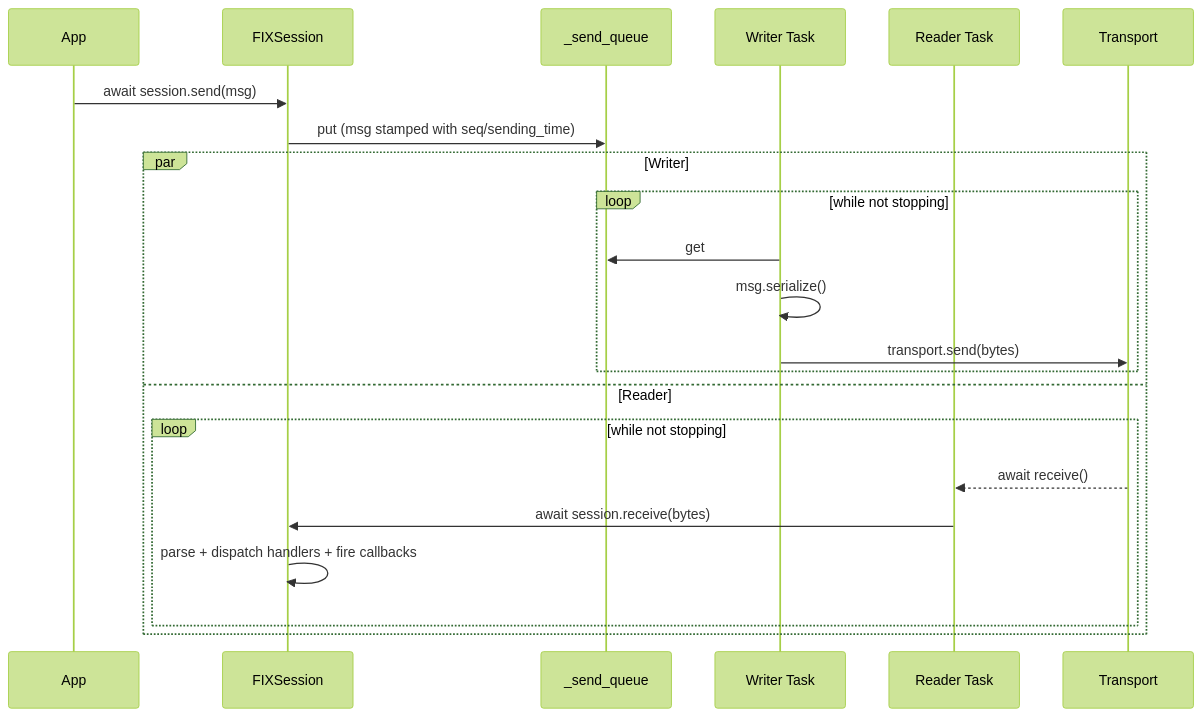
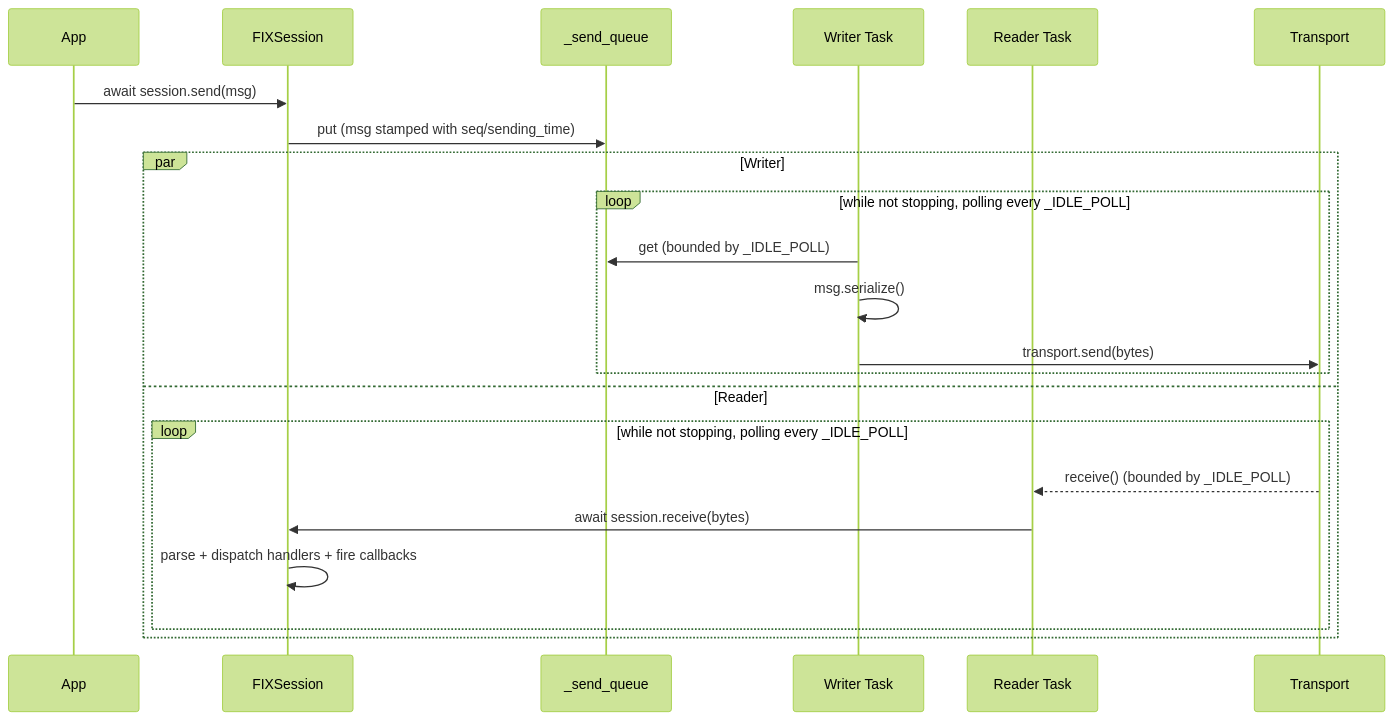
The third of 6 diagrams in docs/design/session-transport.md (MatiasAgelvis/Fixwire), drawn with Mermaid (forest theme) before and after one commit. The commit also changed other lines of this file, not shown here.

````diff
--- a/docs/design/session-transport.md
+++ b/docs/design/session-transport.md
@@ -258,26 +305,26 @@
 ```mermaid
 sequenceDiagram
     participant App
     participant S as FIXSession
     participant Q as _send_queue
     participant WT as Writer Task
     participant RT as Reader Task
     participant T as Transport
 
     App->>S: await session.send(msg)
     S->>Q: put (msg stamped with seq/sending_time)
 
     par Writer
-        loop while not stopping
-            WT->>Q: get
+        loop while not stopping, polling every _IDLE_POLL
+            WT->>Q: get (bounded by _IDLE_POLL)
             WT->>WT: msg.serialize()
             WT->>T: transport.send(bytes)
         end
     and Reader
-        loop while not stopping
-            T-->>RT: await receive()
+        loop while not stopping, polling every _IDLE_POLL
+            T-->>RT: receive() (bounded by _IDLE_POLL)
             RT->>S: await session.receive(bytes)
             S->>S: parse + dispatch handlers + fire callbacks
         end
     end
 ```
````
